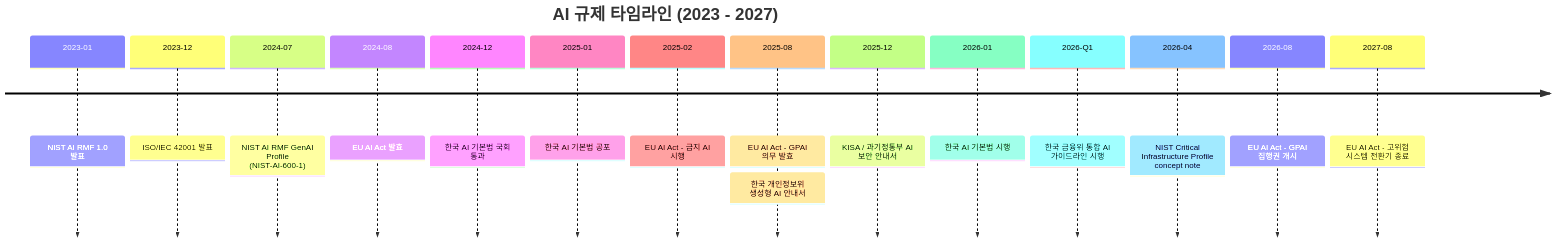
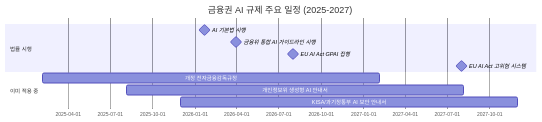
The second of 3 diagrams in docs/ai-security/08_ai_governance_framework.md (KimJongGeun/Security-Technology-Research-Institute-Learning-Materials), drawn with Mermaid before and after one commit. The commit also changed other lines of this file and 1 other file, not shown here.

First line of the commit message:
docs: 08 한국 금융권 AI 보안 실무 가이드로 전면 재작성 (2026-04 기준)

````diff
--- a/docs/ai-security/08_ai_governance_framework.md
+++ b/docs/ai-security/08_ai_governance_framework.md
@@ -17,19 +61,14 @@
 ```mermaid
-timeline
-    title AI 규제 타임라인 (2023 - 2027)
-    2023-01 : NIST AI RMF 1.0 발표
-    2023-12 : ISO/IEC 42001 발표
-    2024-07 : NIST AI RMF GenAI Profile (NIST-AI-600-1)
-    2024-08 : EU AI Act 발효
-    2024-12 : 한국 AI 기본법 국회 통과
-    2025-01 : 한국 AI 기본법 공포
-    2025-02 : EU AI Act - 금지 AI 시행
-    2025-08 : EU AI Act - GPAI 의무 발효
-             : 한국 개인정보위 생성형 AI 안내서
-    2025-12 : KISA / 과기정통부 AI 보안 안내서
-    2026-01 : 한국 AI 기본법 시행
-    2026-Q1 : 한국 금융위 통합 AI 가이드라인 시행
-    2026-04 : NIST Critical Infrastructure Profile concept note
-    2026-08 : EU AI Act - GPAI 집행권 개시
-    2027-08 : EU AI Act - 고위험 시스템 전환기 종료
+gantt
+    title 금융권 AI 규제 주요 일정 (2025-2027)
+    dateFormat YYYY-MM-DD
+    section 법률 시행
+    AI 기본법 시행                 :milestone, 2026-01-22, 0d
+    금융위 통합 AI 가이드라인 시행   :milestone, 2026-03-31, 0d
+    EU AI Act GPAI 집행            :milestone, 2026-08-02, 0d
+    EU AI Act 고위험 시스템        :milestone, 2027-08-02, 0d
+    section 이미 적용 중
+    개정 전자금융감독규정           :2025-02-05, 730d
+    개인정보위 생성형 AI 안내서      :2025-08-06, 730d
+    KISA/과기정통부 AI 보안 안내서   :2025-12-01, 730d
 ```
````
